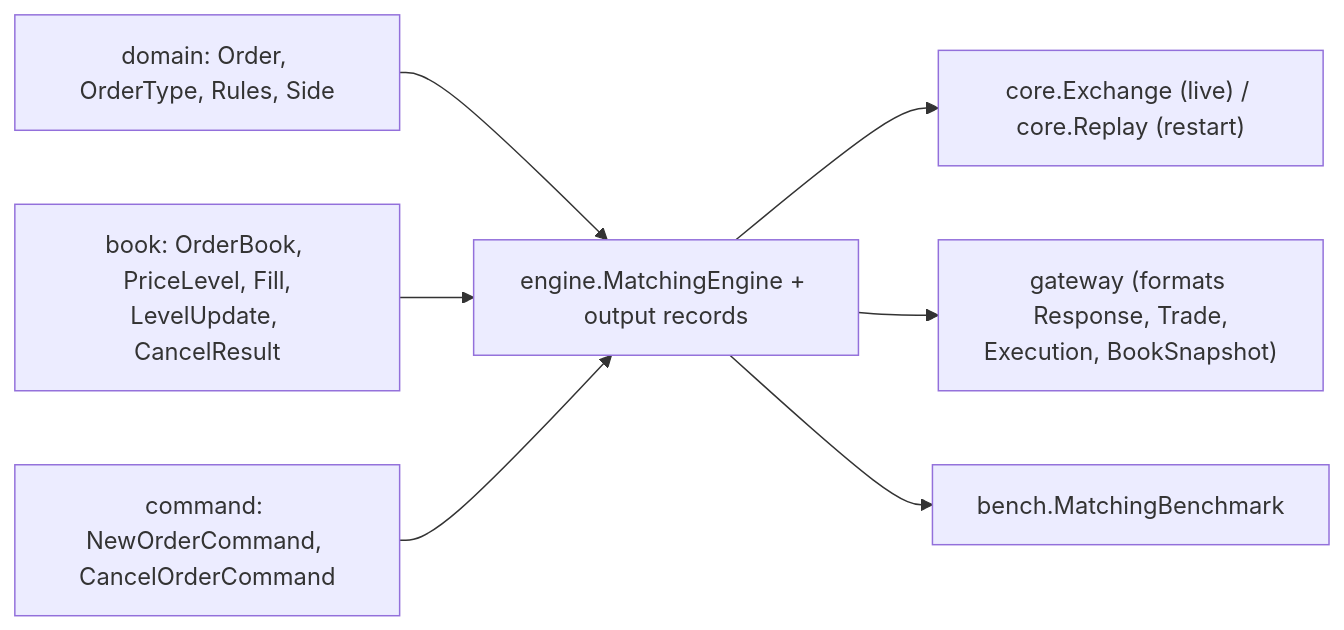
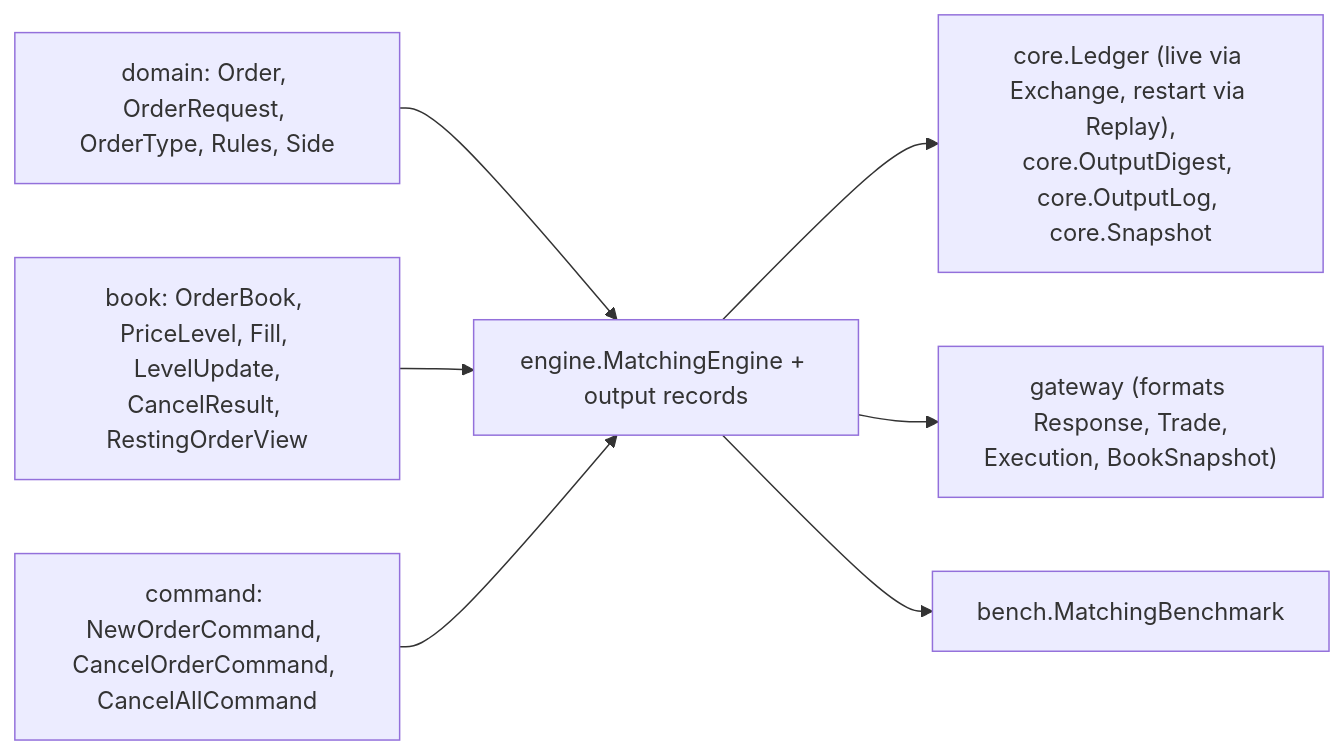
One commit to SampannaNampalli/ExchangeSystem changed the third of 3 diagrams in docs/understanding/07-modules/engine.md. Above: the diagram before and after it, drawn with Mermaid. The commit also changed other lines of this file and 30 other files, not shown here.

````diff
--- a/docs/understanding/07-modules/engine.md
+++ b/docs/understanding/07-modules/engine.md
@@ -462,9 +738,9 @@
 ```mermaid
 flowchart LR
-    domain["domain: Order, OrderType, Rules, Side"] --> engine
-    book["book: OrderBook, PriceLevel, Fill,<br/>LevelUpdate, CancelResult"] --> engine
-    command["command: NewOrderCommand, CancelOrderCommand"] --> engine
-    engine["engine.MatchingEngine + output records"] --> core["core.Exchange (live) / core.Replay (restart)"]
+    domain["domain: Order, OrderRequest, OrderType, Rules, Side"] --> engine
+    book["book: OrderBook, PriceLevel, Fill, LevelUpdate,<br/>CancelResult, RestingOrderView"] --> engine
+    command["command: NewOrderCommand, CancelOrderCommand, CancelAllCommand"] --> engine
+    engine["engine.MatchingEngine + output records"] --> core["core.Ledger (live via Exchange, restart via Replay),<br/>core.OutputDigest, core.OutputLog, core.Snapshot"]
     engine --> gateway["gateway (formats Response, Trade,<br/>Execution, BookSnapshot)"]
     engine --> bench["bench.MatchingBenchmark"]
 ```
````
